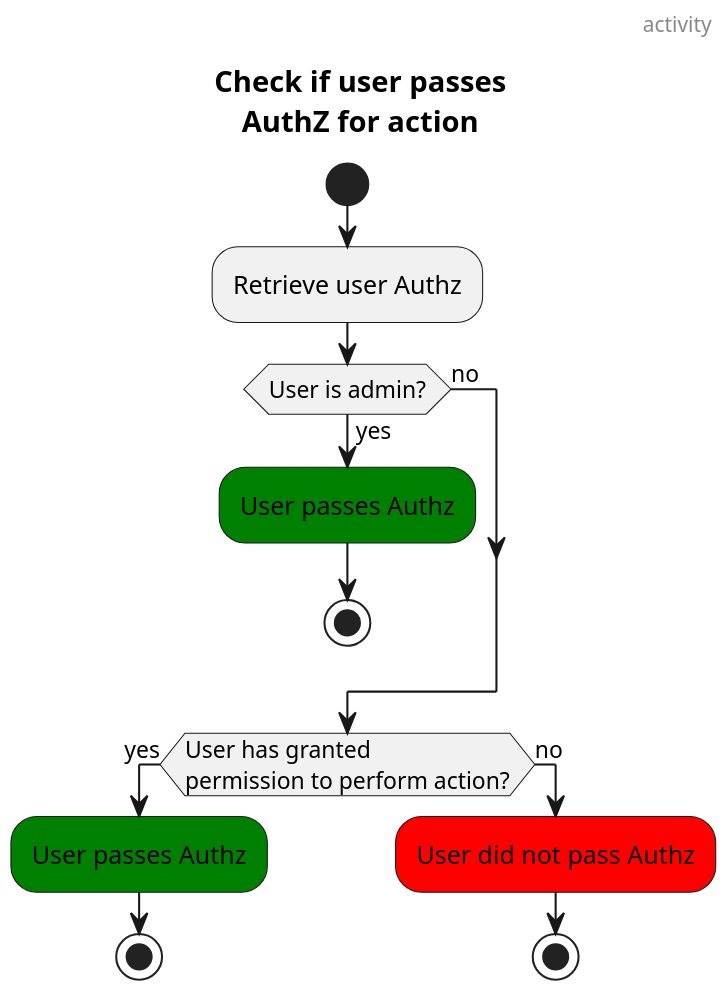
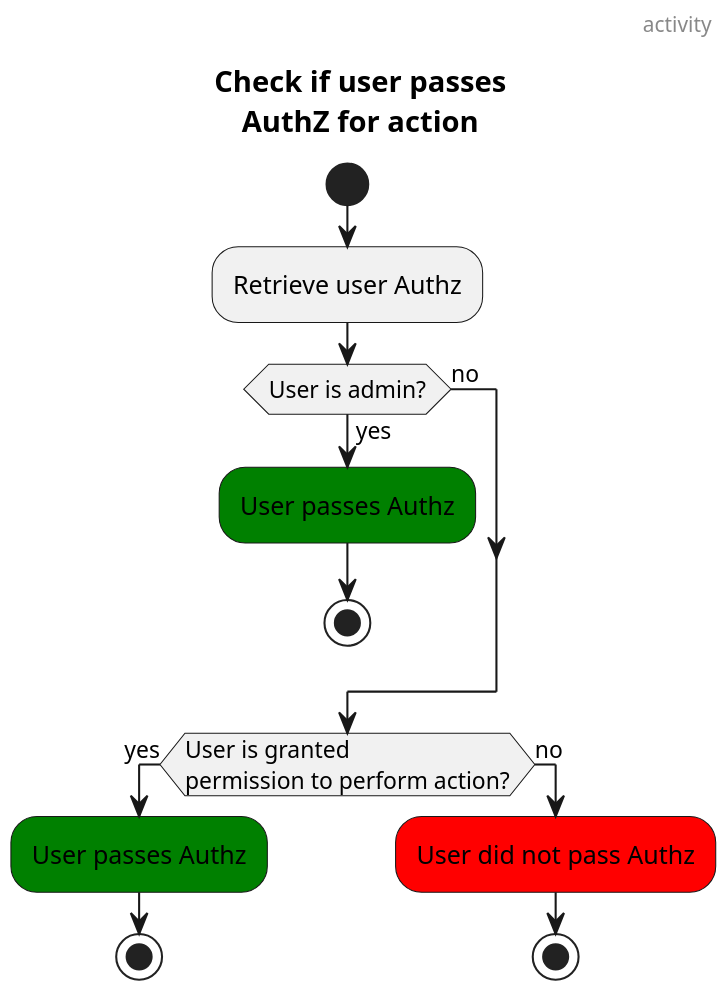
One commit to xomiachuna/wallabago changed the diagram in docs/diagrams/authz.activity.puml. Above: the diagram before and after it, drawn with PlantUML. The commit also changed 6 other files, not shown here.

Commit message:
docs: Add links between activity diagrams

```diff
--- a/docs/diagrams/authz.activity.puml
+++ b/docs/diagrams/authz.activity.puml
@@ -1,21 +1,21 @@
 @startuml authz
 skinparam dpi 200
 header activity
 title Check if user passes\nAuthZ for action
 
 start
 :Retrieve user Authz;
 if (User is admin?) then (yes)
     #green:User passes Authz;
     stop
 else (no)
 endif
-if (User has granted\npermission to perform action?) then (yes)
+if (User is granted\npermission to perform action?) then (yes)
     #green:User passes Authz;
     stop
 else (no)
     #red:User did not pass Authz;
     stop
 endif
 
 @enduml
```
